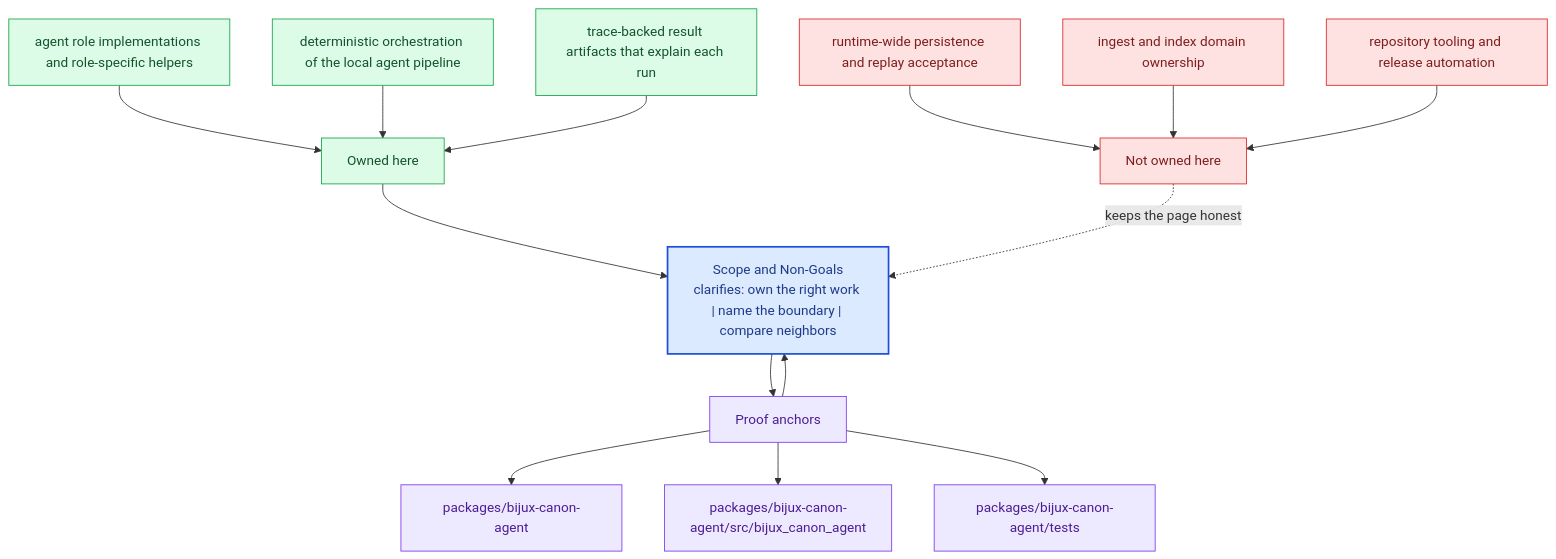
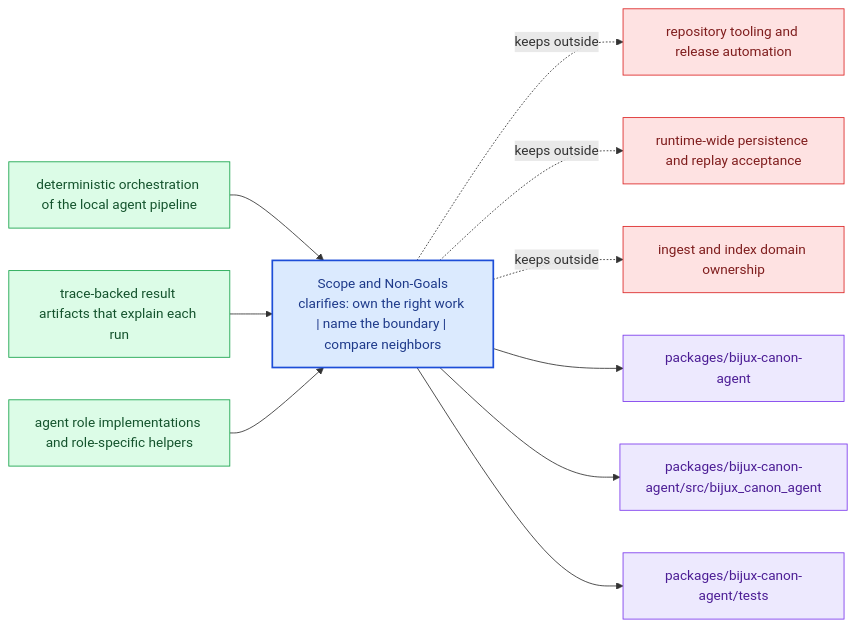
Before and after one commit to bijux/bijux-canon: the diagram in docs/bijux-canon-agent/foundation/scope-and-non-goals.md, drawn with Mermaid. The commit also changed other lines of this file and 281 other files, not shown here.

Commit message:
docs(diagrams): replace repeated mermaid scaffolds with page-specific summaries

````diff
--- a/docs/bijux-canon-agent/foundation/scope-and-non-goals.md
+++ b/docs/bijux-canon-agent/foundation/scope-and-non-goals.md
@@ -69,40 +24,31 @@
 ```mermaid
-flowchart TB
-    promise["Scope and Non-Goals<br/>clarifies: own the right work | name the boundary | compare neighbors"]
-    classDef promise fill:#dbeafe,stroke:#1d4ed8,color:#1e3a8a,stroke-width:2px;
-    classDef driver fill:#dcfce7,stroke:#16a34a,color:#14532d;
-    classDef constraint fill:#fee2e2,stroke:#dc2626,color:#7f1d1d;
-    classDef ground fill:#ede9fe,stroke:#7c3aed,color:#4c1d95;
-    focus1["Owned here"]
-    focus1 --> promise
-    focus1_1["agent role implementations and role-specific helpers"]
-    focus1_1 --> focus1
-    focus1_2["deterministic orchestration of the local agent pipeline"]
-    focus1_2 --> focus1
-    focus1_3["trace-backed result artifacts that explain each run"]
-    focus1_3 --> focus1
-    class focus1 driver;
-    class focus1_1,focus1_2,focus1_3 driver;
-    focus2["Not owned here"]
-    focus2 -.keeps the page honest.-> promise
-    focus2_1["runtime-wide persistence and replay acceptance"]
-    focus2_1 --> focus2
-    focus2_2["ingest and index domain ownership"]
-    focus2_2 --> focus2
-    focus2_3["repository tooling and release automation"]
-    focus2_3 --> focus2
-    class focus2 constraint;
-    class focus2_1,focus2_2,focus2_3 constraint;
-    focus3["Proof anchors"]
-    focus3 --> promise
-    promise --> focus3
-    focus3_1["packages/bijux-canon-agent"]
-    focus3 --> focus3_1
-    focus3_2["packages/bijux-canon-agent/src/bijux_canon_agent"]
-    focus3 --> focus3_2
-    focus3_3["packages/bijux-canon-agent/tests"]
-    focus3 --> focus3_3
-    class focus3 ground;
-    class focus3_1,focus3_2,focus3_3 ground;
-    class promise promise;
+flowchart LR
+    page["Scope and Non-Goals<br/>clarifies: own the right work | name the boundary | compare neighbors"]
+    classDef page fill:#dbeafe,stroke:#1d4ed8,color:#1e3a8a,stroke-width:2px;
+    classDef positive fill:#dcfce7,stroke:#16a34a,color:#14532d;
+    classDef caution fill:#fee2e2,stroke:#dc2626,color:#7f1d1d;
+    classDef anchor fill:#ede9fe,stroke:#7c3aed,color:#4c1d95;
+    classDef action fill:#fef3c7,stroke:#d97706,color:#7c2d12;
+    own1["deterministic orchestration of the local agent pipeline"]
+    own1 --> page
+    own2["trace-backed result artifacts that explain each run"]
+    own2 --> page
+    own3["agent role implementations and role-specific helpers"]
+    own3 --> page
+    limit1["repository tooling and release automation"]
+    page -.keeps outside.-> limit1
+    limit2["runtime-wide persistence and replay acceptance"]
+    page -.keeps outside.-> limit2
+    limit3["ingest and index domain ownership"]
+    page -.keeps outside.-> limit3
+    anchor1["packages/bijux-canon-agent"]
+    page --> anchor1
+    anchor2["packages/bijux-canon-agent/src/bijux_canon_agent"]
+    page --> anchor2
+    anchor3["packages/bijux-canon-agent/tests"]
+    page --> anchor3
+    class page page;
+    class own1,own2,own3 positive;
+    class limit1,limit2,limit3 caution;
+    class anchor1,anchor2,anchor3 anchor;
 ```
````
